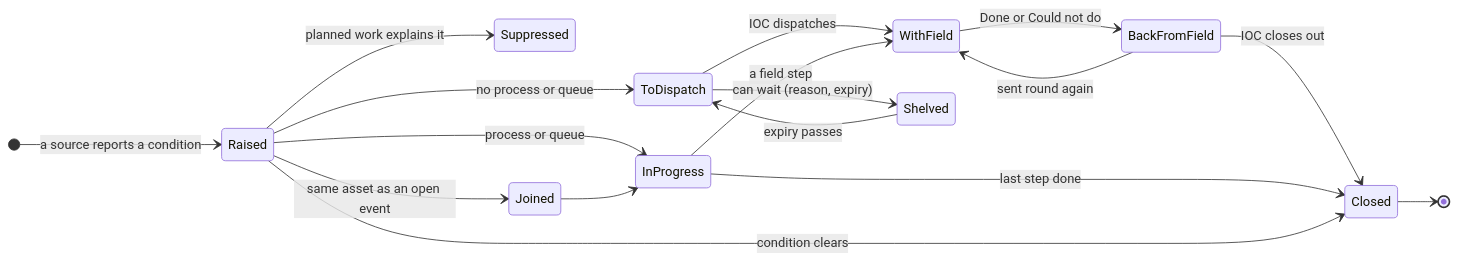
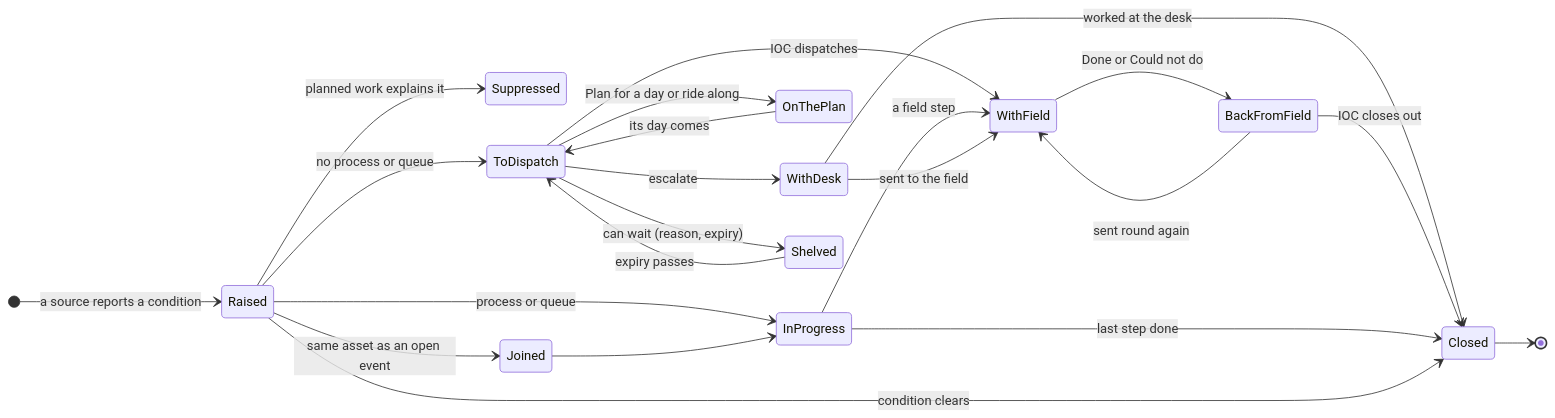
One commit to areed145/fuzer changed the fourth of 5 diagrams in docs/work-routing.md. Above: the diagram before and after it, drawn with Mermaid. The commit also changed other lines of this file and 12 other files, not shown here.

````diff
--- a/docs/work-routing.md
+++ b/docs/work-routing.md
@@ -129,20 +209,25 @@
 ```mermaid
 stateDiagram-v2
   direction LR
   [*] --> Raised: a source reports a condition
   Raised --> Suppressed: planned work explains it
   Raised --> Joined: same asset as an open event
   Raised --> ToDispatch: no process or queue
   Raised --> InProgress: process or queue
   Joined --> InProgress
   ToDispatch --> WithField: IOC dispatches
+  ToDispatch --> OnThePlan: Plan for a day or ride along
+  OnThePlan --> ToDispatch: its day comes
+  ToDispatch --> WithDesk: escalate
   ToDispatch --> Shelved: can wait (reason, expiry)
   Shelved --> ToDispatch: expiry passes
   InProgress --> WithField: a field step
+  WithDesk --> WithField: sent to the field
+  WithDesk --> Closed: worked at the desk
   WithField --> BackFromField: Done or Could not do
   BackFromField --> WithField: sent round again
   BackFromField --> Closed: IOC closes out
   InProgress --> Closed: last step done
   Raised --> Closed: condition clears
   Closed --> [*]
 ```
````
